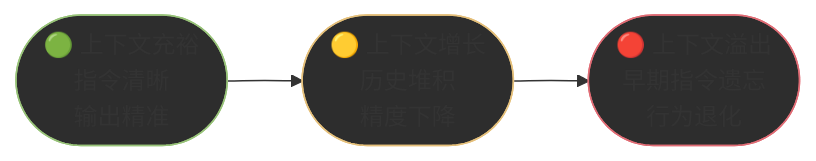
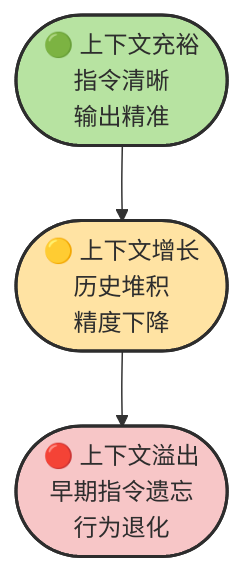
The second of 10 diagrams in docs/chapters/ch10-collaboration.md (zht043/AgenticCodingTutorial), drawn with Mermaid before and after one commit. The commit also changed other lines of this file and 26 other files, not shown here.

````diff
--- a/docs/chapters/ch10-collaboration.md
+++ b/docs/chapters/ch10-collaboration.md
@@ -92,9 +92,9 @@
 ```mermaid
-flowchart LR
-    Fresh(["🟢 上下文充裕<br/>指令清晰<br/>输出精准"]) --> Mid(["🟡 上下文增长<br/>历史堆积<br/>精度下降"])
-    Mid --> Full(["🔴 上下文溢出<br/>早期指令遗忘<br/>行为退化"])
+flowchart TD
+    classDef fresh fill:#b7e3a1,stroke:#2d2d2d,stroke-width:2px,color:#2d2d2d
+    classDef mid fill:#ffe3a3,stroke:#2d2d2d,stroke-width:2px,color:#2d2d2d
+    classDef full fill:#f7c6c7,stroke:#2d2d2d,stroke-width:2px,color:#2d2d2d
 
-    style Fresh fill:#2d2d2d,stroke:#98c379
-    style Mid fill:#2d2d2d,stroke:#e5c07b
-    style Full fill:#2d2d2d,stroke:#e06c75
+    Fresh(["🟢 上下文充裕<br/>指令清晰<br/>输出精准"]):::fresh --> Mid(["🟡 上下文增长<br/>历史堆积<br/>精度下降"]):::mid
+    Mid --> Full(["🔴 上下文溢出<br/>早期指令遗忘<br/>行为退化"]):::full
 ```
````
